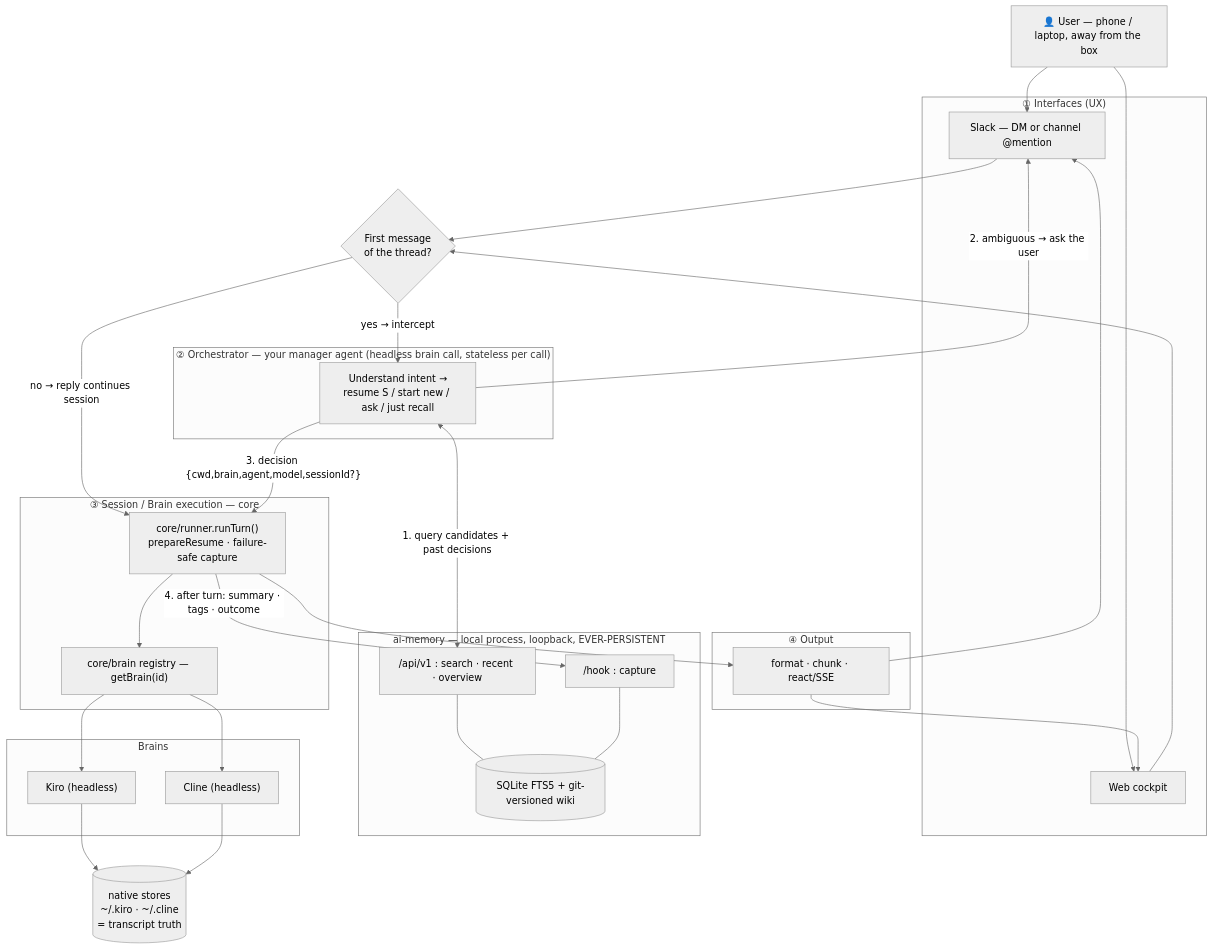
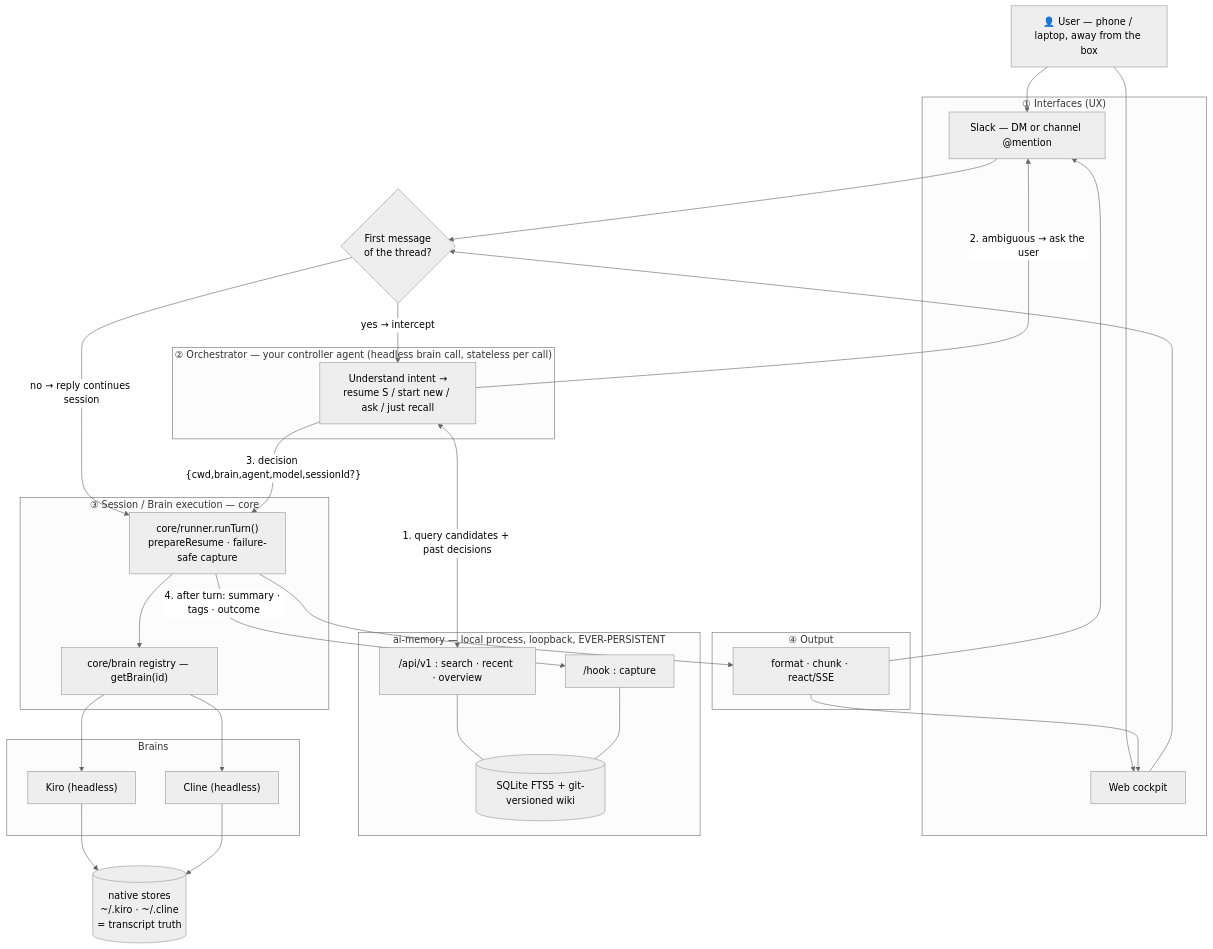
One commit to rupeshcash/cli-controller changed the fourth of 13 diagrams in plans/architecture/arch_2_sequence.md. Above: the diagram before and after it, drawn with Mermaid (neutral theme). The commit also changed other lines of this file and 10 other files, not shown here.

````diff
--- a/plans/architecture/arch_2_sequence.md
+++ b/plans/architecture/arch_2_sequence.md
@@ -201,51 +203,51 @@
 ```mermaid
 flowchart TB
   U["👤 User — phone / laptop, away from the box"]
 
   subgraph L1["① Interfaces (UX)"]
     SL["Slack — DM or channel @mention"]
     WB["Web cockpit"]
   end
 
   GATE{"First message<br/>of the thread?"}
 
-  subgraph L2["② Orchestrator — your manager agent (headless brain call, stateless per call)"]
+  subgraph L2["② Orchestrator — your controller agent (headless brain call, stateless per call)"]
     RT["Understand intent →<br/>resume S / start new / ask / just recall"]
   end
 
   subgraph MEM["ai-memory — local process, loopback, EVER-PERSISTENT"]
     API["/api/v1 : search · recent · overview"]
     HOOK["/hook : capture"]
     STORE[("SQLite FTS5 + git-versioned wiki")]
     API --- STORE
     HOOK --- STORE
   end
 
   subgraph L3["③ Session / Brain execution — core"]
     RUN["core/runner.runTurn()<br/>prepareResume · failure-safe capture"]
     REG["core/brain registry — getBrain(id)"]
   end
   subgraph BR["Brains"]
     K["Kiro (headless)"]
     C["Cline (headless)"]
   end
 
   NAT[("native stores<br/>~/.kiro · ~/.cline<br/>= transcript truth")]
 
   subgraph L4["④ Output"]
     FMT["format · chunk · react/SSE"]
   end
 
   U --> SL & WB
   SL --> GATE
   WB --> GATE
   GATE -- "yes → intercept" --> RT
   GATE -- "no → reply continues session" --> RUN
   RT <-->|"1. query candidates + past decisions"| API
   RT -->|"2. ambiguous → ask the user"| SL
   RT -->|"3. decision {cwd,brain,agent,model,sessionId?}"| RUN
   RUN --> REG --> K & C
   K & C --> NAT
   RUN -->|"4. after turn: summary · tags · outcome"| HOOK
   RUN --> FMT --> SL & WB
 ```
````
